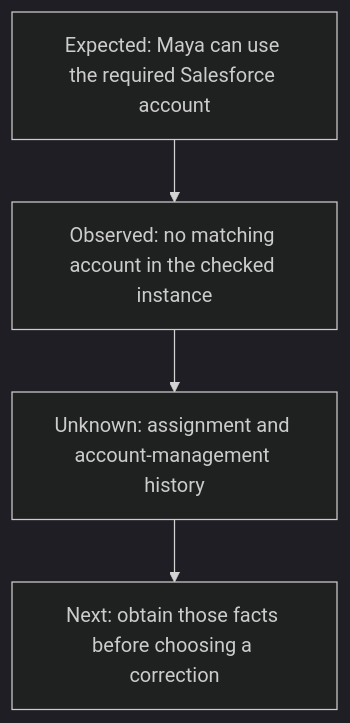
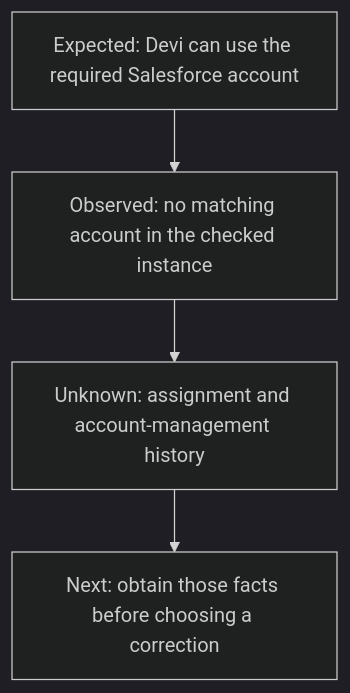
The fourth of 4 diagrams in lessons/day-01-people-identities-access.md (TedxHarry/Okta_Theory_Teaching), drawn with Mermaid (dark theme) before and after one commit. The commit also changed other lines of this file and 164 other files, not shown here.

Commit message:
Rename course character Maya to Devi throughout all learning materials

````diff
--- a/lessons/day-01-people-identities-access.md
+++ b/lessons/day-01-people-identities-access.md
@@ -227,4 +227,4 @@
 ```mermaid
 flowchart TD
-  E["Expected: Maya can use the required Salesforce account"] --> O["Observed: no matching account in the checked instance"] --> U["Unknown: assignment and account-management history"] --> N["Next: obtain those facts before choosing a correction"]
+  E["Expected: Devi can use the required Salesforce account"] --> O["Observed: no matching account in the checked instance"] --> U["Unknown: assignment and account-management history"] --> N["Next: obtain those facts before choosing a correction"]
 ```
````
